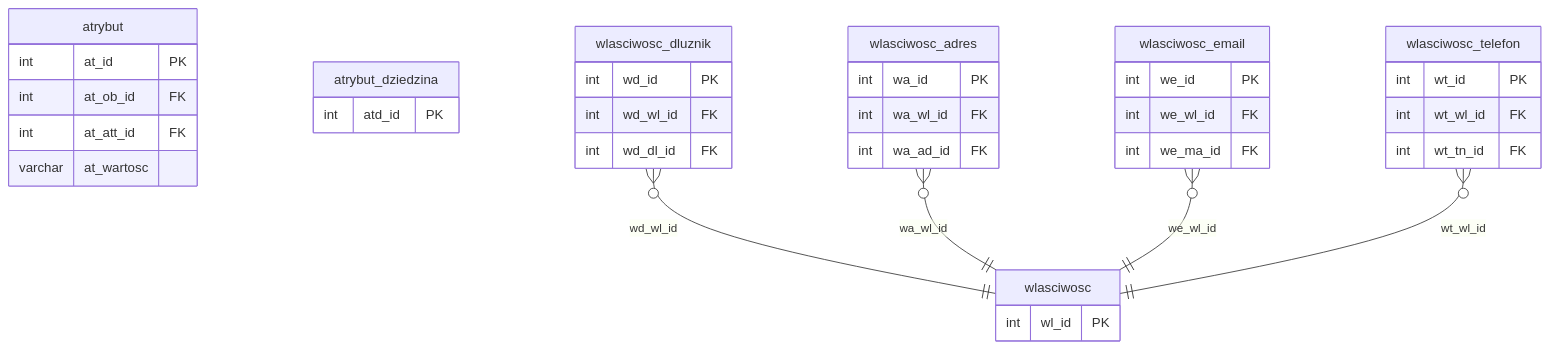
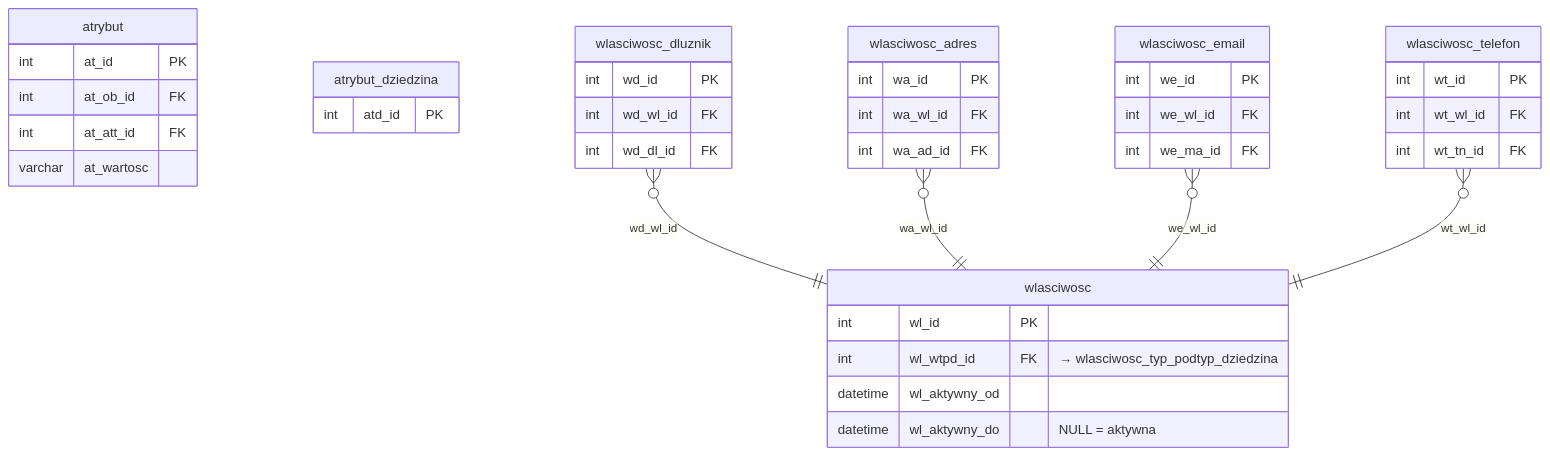
One commit to oskar-bialek-bakk/intrum-migration-docs changed the diagram in docs/struktura-stagingu/tabele-generyczne.md. Above: the diagram before and after it, drawn with Mermaid. The commit also changed 6 other files, not shown here.

````diff
--- a/docs/struktura-stagingu/tabele-generyczne.md
+++ b/docs/struktura-stagingu/tabele-generyczne.md
@@ -20,46 +20,49 @@
 ```mermaid
 erDiagram
     atrybut {
         int         at_id              PK
         int         at_ob_id           FK
         int         at_att_id          FK
         varchar     at_wartosc
     }
 
     atrybut_dziedzina {
         int         atd_id             PK
     }
 
     wlasciwosc {
         int         wl_id              PK
+        int         wl_wtpd_id         FK   "→ wlasciwosc_typ_podtyp_dziedzina"
+        datetime    wl_aktywny_od
+        datetime    wl_aktywny_do            "NULL = aktywna"
     }
 
     wlasciwosc_dluznik {
         int         wd_id              PK
         int         wd_wl_id           FK
         int         wd_dl_id           FK
     }
 
     wlasciwosc_adres {
         int         wa_id              PK
         int         wa_wl_id           FK
         int         wa_ad_id           FK
     }
 
     wlasciwosc_email {
         int         we_id              PK
         int         we_wl_id           FK
         int         we_ma_id           FK
     }
 
     wlasciwosc_telefon {
         int         wt_id              PK
         int         wt_wl_id           FK
         int         wt_tn_id           FK
     }
 
     wlasciwosc_dluznik }o--|| wlasciwosc : "wd_wl_id"
     wlasciwosc_adres }o--|| wlasciwosc : "wa_wl_id"
     wlasciwosc_email }o--|| wlasciwosc : "we_wl_id"
     wlasciwosc_telefon }o--|| wlasciwosc : "wt_wl_id"
 ```
````
